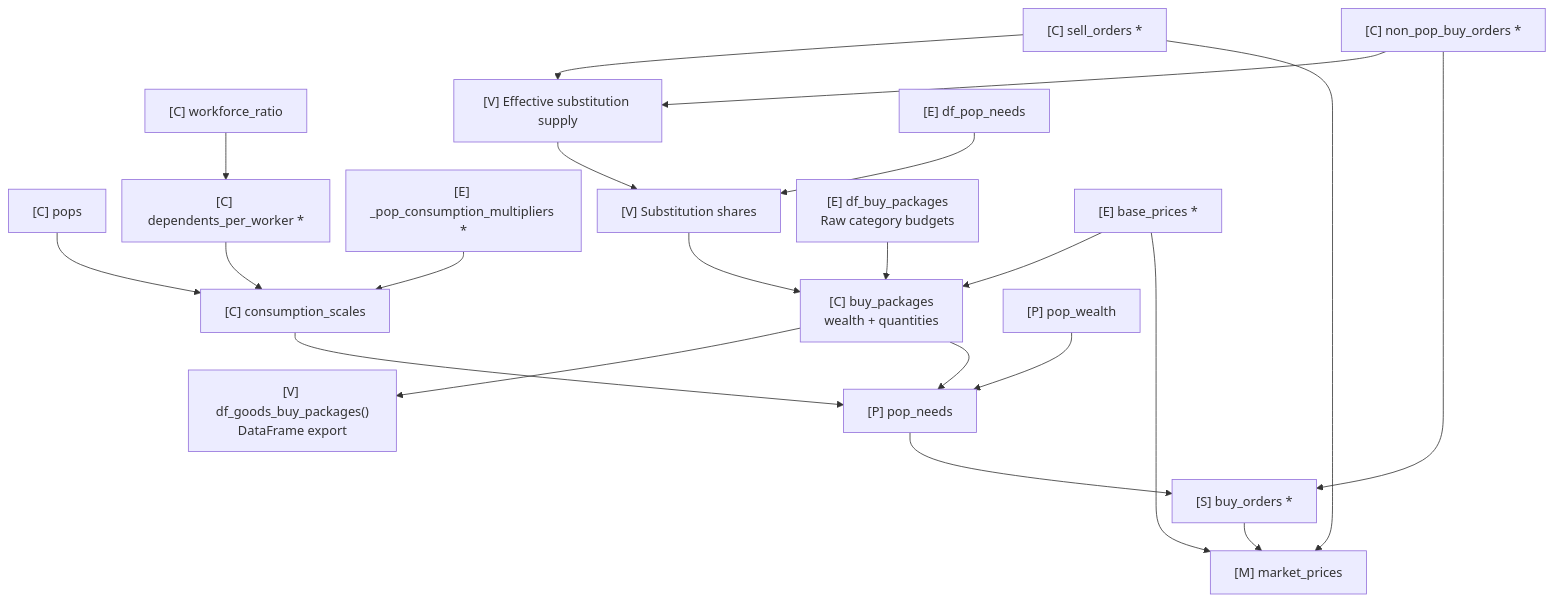
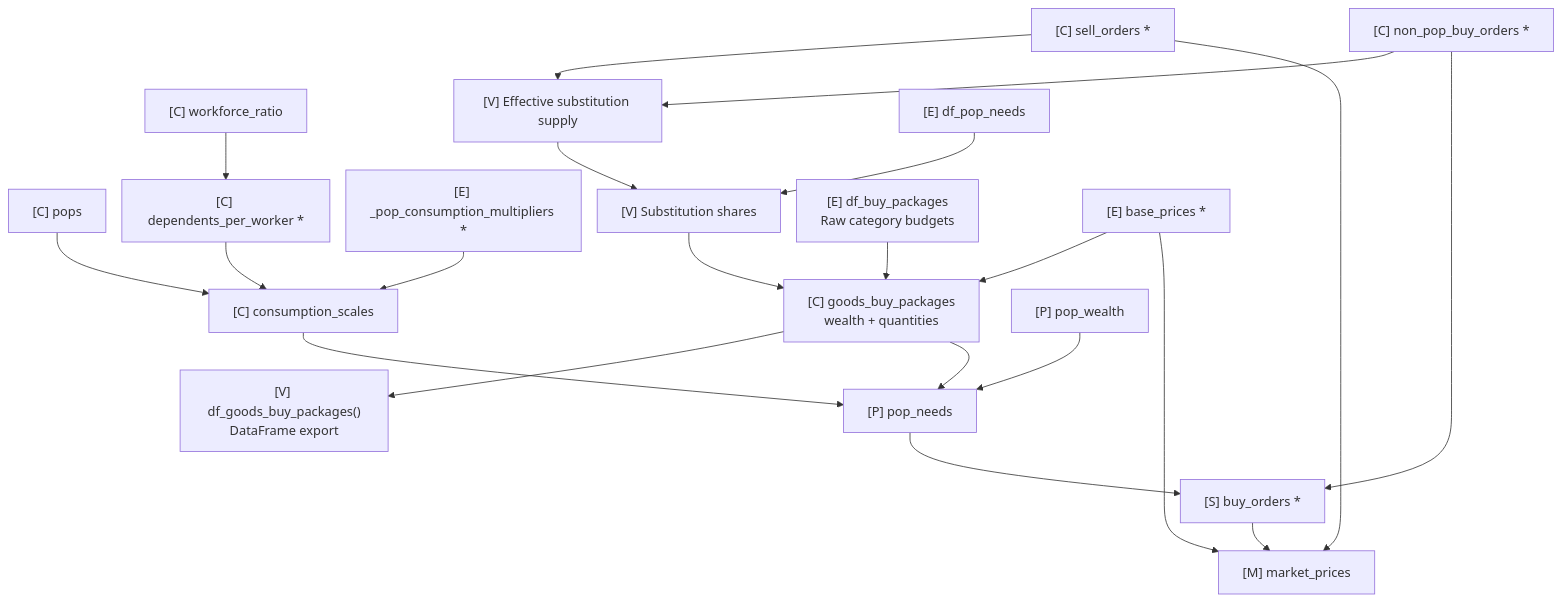
Before and after one commit to ShabbyGayBar/victoria3-analysis: the second of 4 diagrams in docs/design/economy-dependencies.md, drawn with Mermaid. The commit also changed other lines of this file and 12 other files, not shown here.

````diff
--- a/docs/design/economy-dependencies.md
+++ b/docs/design/economy-dependencies.md
@@ -114,49 +114,49 @@
 ```mermaid
 ---
 config:
   flowchart:
     useMaxWidth: false
     nodeSpacing: 20
     rankSpacing: 35
   themeCSS: |
     .node.model rect { fill: var(--vic3-owner-economy) !important; }
     .node.context rect { fill: var(--vic3-owner-context) !important; }
     .node.market rect { fill: var(--vic3-owner-market) !important; }
     .node.household rect { fill: var(--vic3-owner-pop) !important; }
     .node.snapshot rect { fill: var(--vic3-owner-state) !important; }
     .node.variable rect { fill: var(--vic3-owner-variable) !important; }
     .node rect { stroke: var(--vic3-owner-border) !important; }
     .nodeLabel { color: var(--vic3-owner-text) !important; }
     .flowchart-link { stroke: var(--vic3-owner-edge) !important; }
     marker path { fill: var(--vic3-owner-edge) !important; stroke: var(--vic3-owner-edge) !important; }
     .edgeLabel, .edgeLabel p { color: var(--vic3-owner-text) !important; background: var(--md-default-bg-color) !important; }
 ---
 flowchart TD
     N["[C] pops"]:::context --> SC["[C] consumption_scales"]:::context
     R["[C] workforce_ratio"]:::context --> D["[C] dependents_per_worker *"]:::context
     D --> SC
     CM["[E] _pop_consumption_multipliers *"]:::model --> SC
 
     SELL["[C] sell_orders *"]:::context --> ES["[V] Effective substitution supply"]:::variable
     NP["[C] non_pop_buy_orders *"]:::context --> ES
 
     ES --> SH["[V] Substitution shares"]:::variable
     PN["[E] df_pop_needs"]:::model --> SH
 
-    SH --> Q["[C] buy_packages<br/>wealth + quantities"]:::context
+    SH --> Q["[C] goods_buy_packages<br/>wealth + quantities"]:::context
     RAW["[E] df_buy_packages<br/>Raw category budgets"]:::model --> Q
     BASE["[E] base_prices *"]:::model --> Q
     Q --> QR["[V] df_goods_buy_packages()<br/>DataFrame export"]:::variable
 
     Q --> NEEDS["[P] pop_needs"]:::household
     SC --> NEEDS
     W["[P] pop_wealth"]:::household --> NEEDS
 
     NEEDS --> BUY["[S] buy_orders *"]:::snapshot
     NP --> BUY
 
     BUY --> PRICE["[M] market_prices"]:::market
     SELL --> PRICE
     BASE --> PRICE
 
 ```
````
